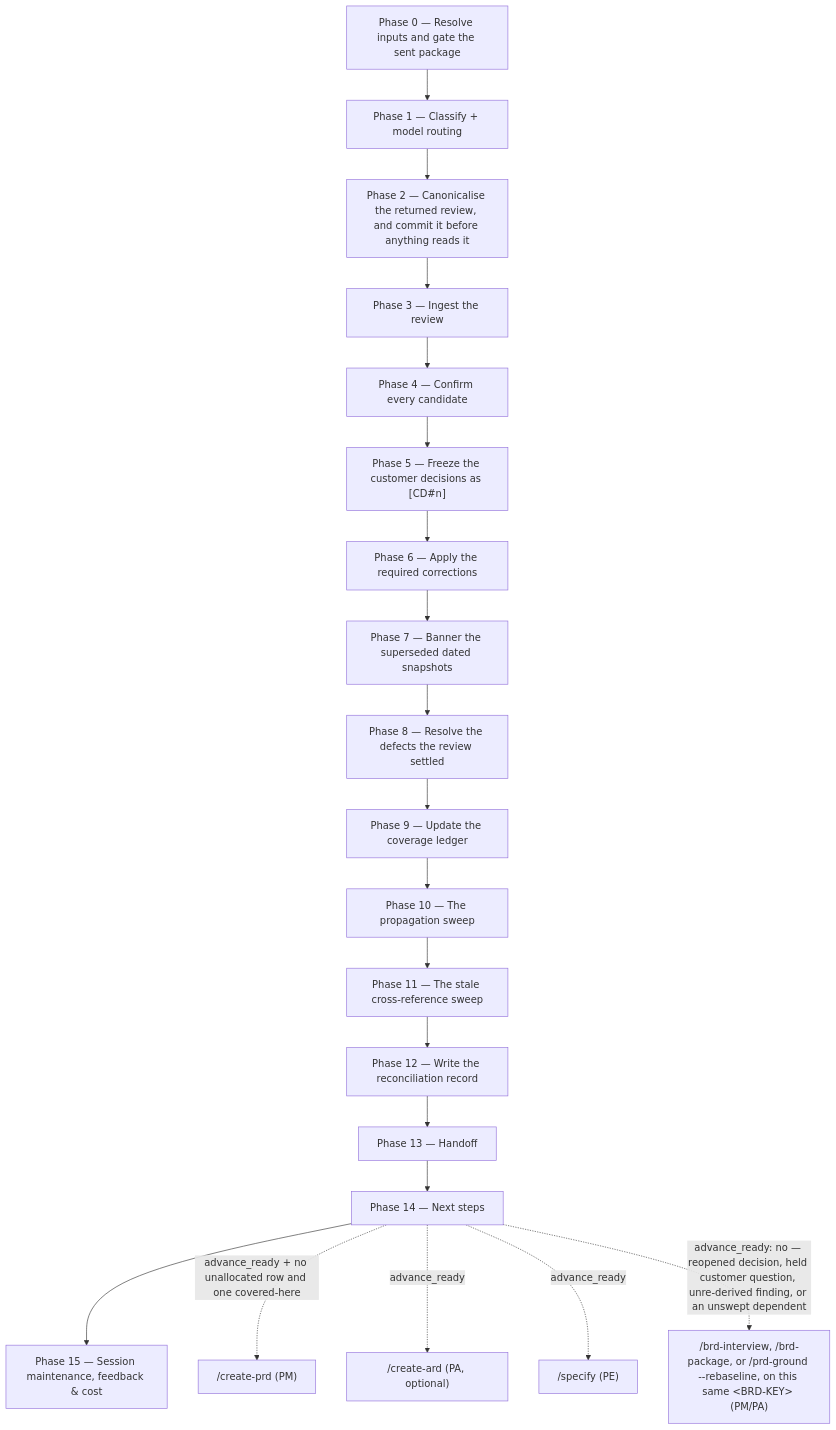
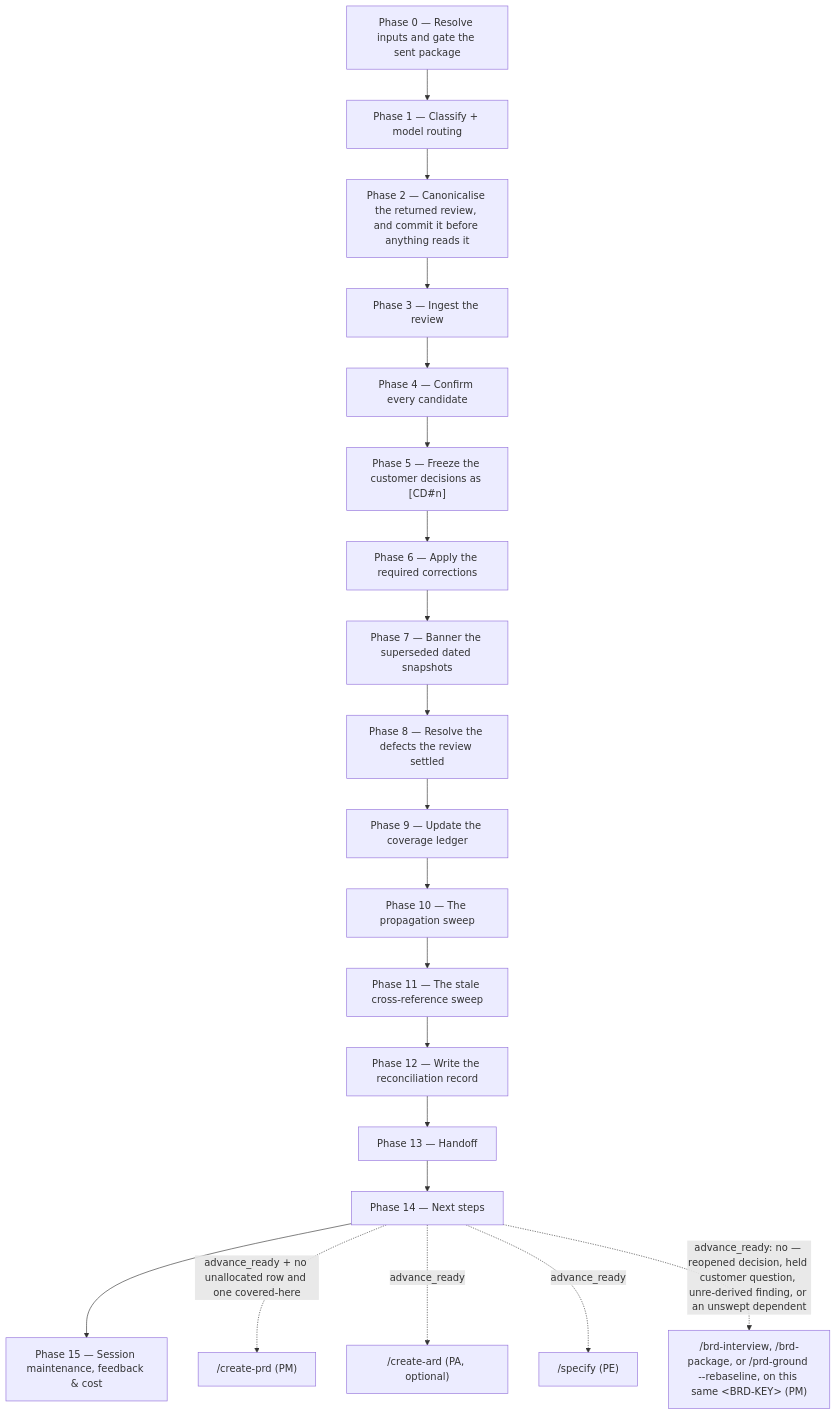
One commit to ihudak/ai-workflows changed the diagram in plugins/product-workflows/docs/commands/brd-reconcile.md. Above: the diagram before and after it, drawn with Mermaid. The commit also changed 23 other files, not shown here.

First line of the commit message:
fix: /prd-ground as PM — review round 1, and /compact on the PM-to-PM steps

````diff
--- a/plugins/product-workflows/docs/commands/brd-reconcile.md
+++ b/plugins/product-workflows/docs/commands/brd-reconcile.md
@@ -90,22 +90,22 @@
 ```mermaid
 flowchart TD
     p0["Phase 0 — Resolve inputs and gate the sent package"] --> p1["Phase 1 — Classify + model routing"]
     p1 --> p2["Phase 2 — Canonicalise the returned review, and commit it before anything reads it"]
     p2 --> p3["Phase 3 — Ingest the review"]
     p3 --> p4["Phase 4 — Confirm every candidate"]
     p4 --> p5["Phase 5 — Freeze the customer decisions as [CD#n]"]
     p5 --> p6["Phase 6 — Apply the required corrections"]
     p6 --> p7["Phase 7 — Banner the superseded dated snapshots"]
     p7 --> p8["Phase 8 — Resolve the defects the review settled"]
     p8 --> p9["Phase 9 — Update the coverage ledger"]
     p9 --> p10["Phase 10 — The propagation sweep"]
     p10 --> p11["Phase 11 — The stale cross-reference sweep"]
     p11 --> p12["Phase 12 — Write the reconciliation record"]
     p12 --> p13["Phase 13 — Handoff"]
     p13 --> p14["Phase 14 — Next steps"]
     p14 --> p15["Phase 15 — Session maintenance, feedback & cost"]
     p14 -.->|"advance_ready + no unallocated row and one covered-here"| prd["/create-prd (PM)"]
     p14 -.->|"advance_ready"| ard["/create-ard (PA, optional)"]
     p14 -.->|"advance_ready"| spec["/specify (PE)"]
-    p14 -.->|"advance_ready: no — reopened decision, held customer question, unre-derived finding, or an unswept dependent"| reentry["/brd-interview, /brd-package, or /prd-ground --rebaseline, on this same &lt;BRD-KEY&gt; (PM/PA)"]
+    p14 -.->|"advance_ready: no — reopened decision, held customer question, unre-derived finding, or an unswept dependent"| reentry["/brd-interview, /brd-package, or /prd-ground --rebaseline, on this same &lt;BRD-KEY&gt; (PM)"]
 ```
````
